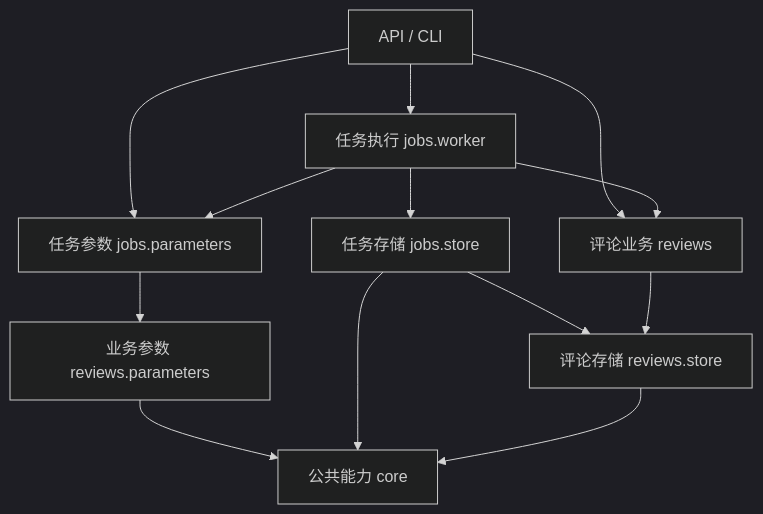
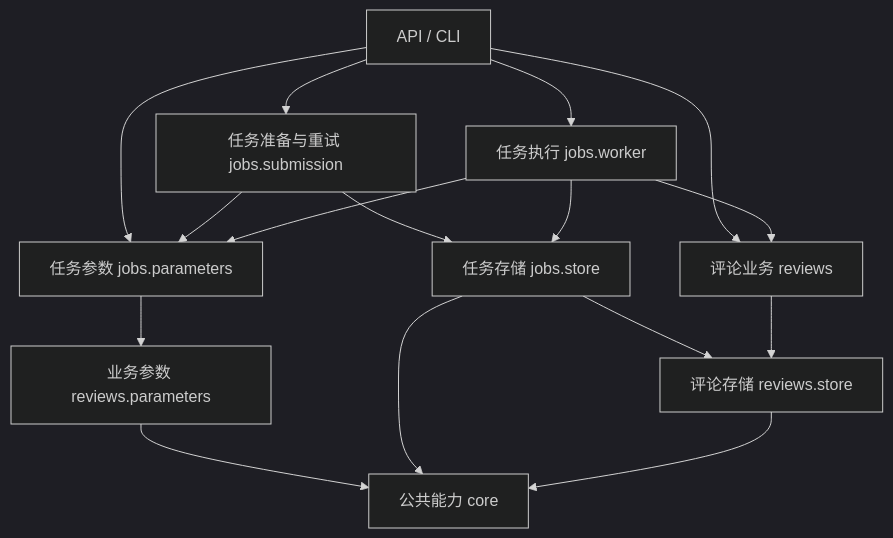
One commit to 2916196104/data-analysis-agent changed the diagram in docs/dependencies.md. Above: the diagram before and after it, drawn with Mermaid (dark theme). The commit also changed other lines of this file and 1090 other files, not shown here.

````diff
--- a/docs/dependencies.md
+++ b/docs/dependencies.md
@@ -5,15 +5,18 @@
 ```mermaid
 flowchart TD
     A[API / CLI] --> B[任务执行 jobs.worker]
+    A --> S[任务准备与重试 jobs.submission]
     A --> C[评论业务 reviews]
     A --> D[任务参数 jobs.parameters]
+    S --> D
+    S --> F[任务存储 jobs.store]
     B --> D
     D --> E[业务参数 reviews.parameters]
     B --> C
-    B --> F[任务存储 jobs.store]
+    B --> F
     F --> G[评论存储 reviews.store]
     C --> G
     E --> H[公共能力 core]
     F --> H
     G --> H
 ```
````
